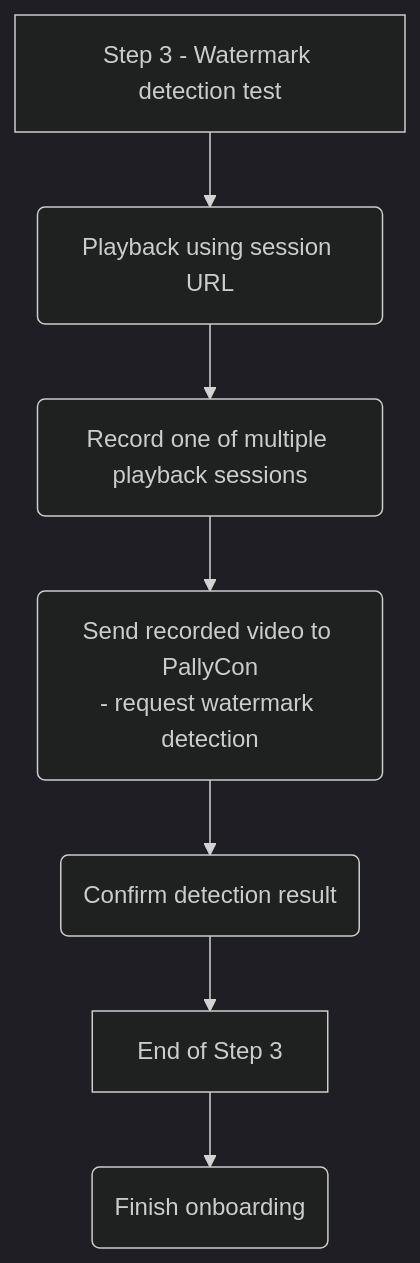
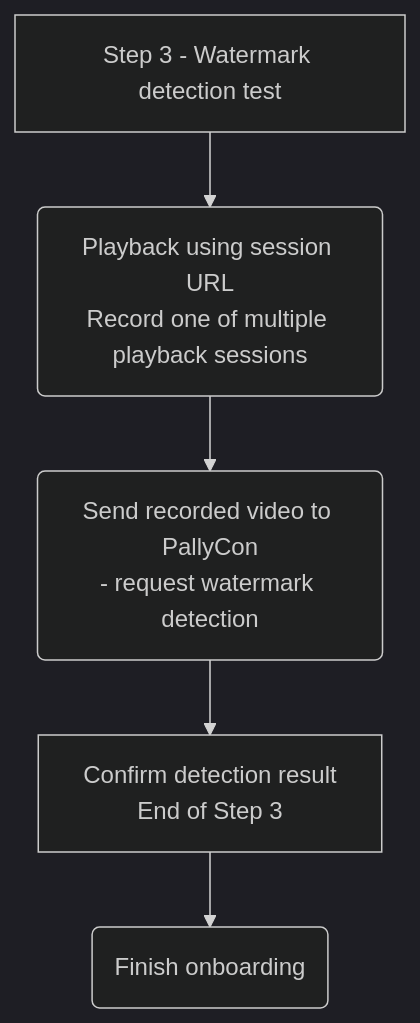
One commit to daniel-inka/pallycon-docs-v3 changed the third of 3 diagrams in content/forensic-watermarking/getting-started/fwm-onboarding.en.md. Above: the diagram before and after it, drawn with Mermaid (dark theme). The commit also changed 12 other files, not shown here.

````diff
--- a/content/forensic-watermarking/getting-started/fwm-onboarding.en.md
+++ b/content/forensic-watermarking/getting-started/fwm-onboarding.en.md
@@ -90,10 +90,8 @@
 ```mermaid
 graph TD;
-  detecting[Step 3 - Watermark detection test] --> playback(Playback using session URL)
-  playback --> recording(Record one of multiple playback sessions)
-  recording --> request_detection(Send recorded video to PallyCon<br>- request watermark detection)
-  request_detection --> confirm_detection(Confirm detection result)
-  confirm_detection --> detection_done[End of Step 3]
+  detecting[Step 3 - Watermark detection test] --> playback(Playback using session URL<br>Record one of multiple playback sessions)
+  playback --> request_detection(Send recorded video to PallyCon<br>- request watermark detection)
+  request_detection --> detection_done[Confirm detection result<br>End of Step 3]
   detection_done --> onboarding_complete(Finish onboarding)
 
 ```
````
